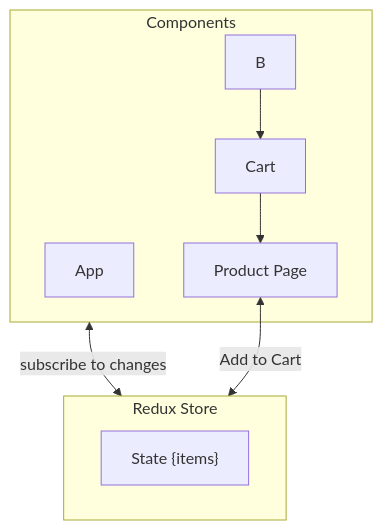
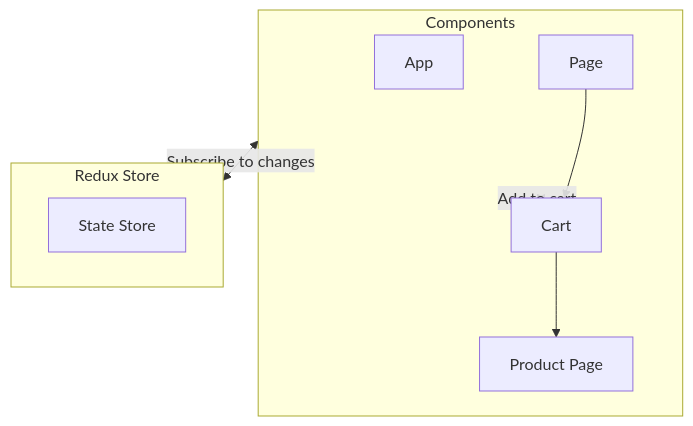
One commit to oreximus/learnings changed the second of 2 diagrams in InformationTechnology/WebDevelopment/redux.md. Above: the diagram before and after it, drawn with Mermaid. The commit also changed other lines of this file, not shown here.

Commit message:
[nb] Edit: InformationTechnology/WebDevelopment/redux.md

````diff
--- a/InformationTechnology/WebDevelopment/redux.md
+++ b/InformationTechnology/WebDevelopment/redux.md
@@ -41,13 +40,14 @@
 ```mermaid
 flowchart TD
-    subgraph id1 ["Components"]
+    subgraph id1["Components"]
     A["App"]
-    B --> C["Cart"]
-    C --> D["Product Page"]
+        B["Page"] --> C["Cart"]
+        C --> D["Product Page"]
     end
-    subgraph id2 ["Redux Store"]
-    F["State {items}"]
+    subgraph id2["Redux Store"]
+    F["State Store"]
     end
-    id1 <-- "subscribe to changes" --> id2
-    D <-- "Add to Cart" --> id2
+    direction LR
+    id1 <-- "Subscribe to changes" --> id2
+    id1 <-- "Add to cart" --> C
 ```
````
